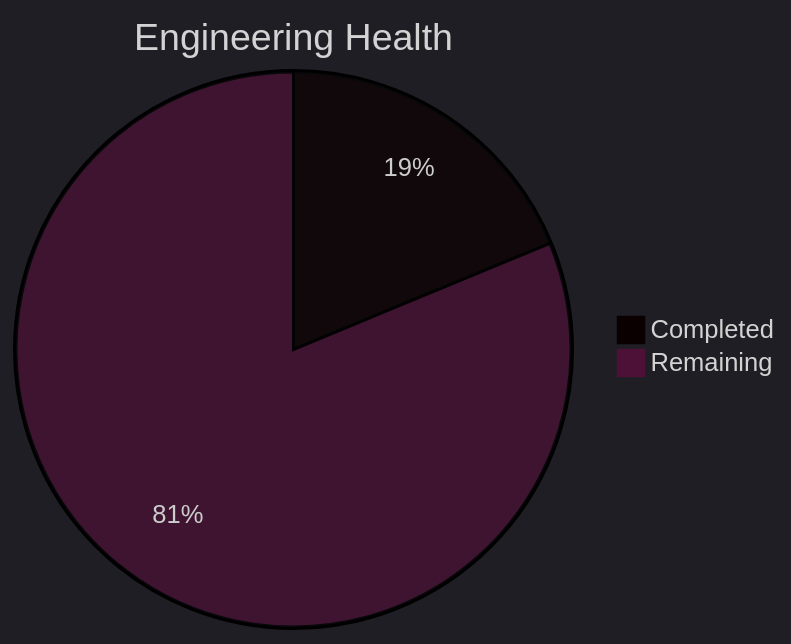
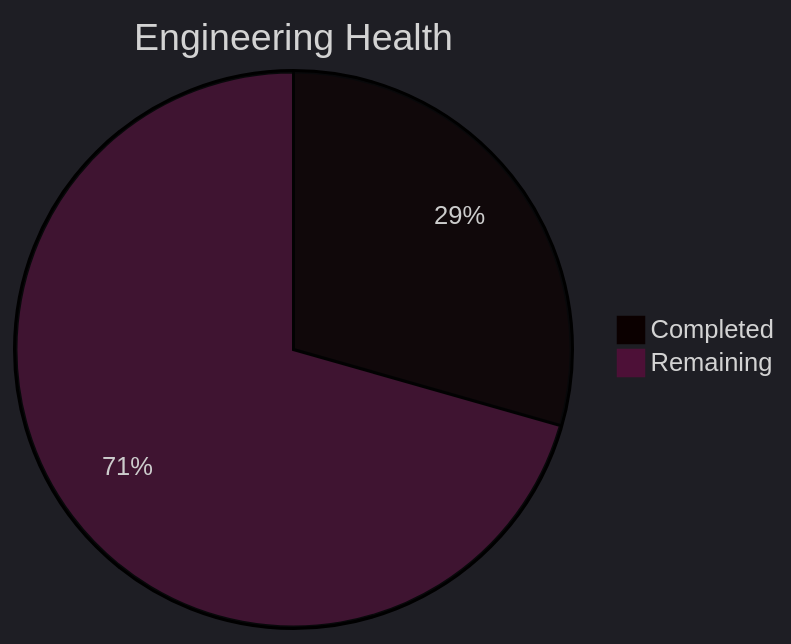
The third of 5 diagrams in tools/SK8Lytz_Bucket_List.md (Neogleamz/SK8Lytz), drawn with Mermaid before and after one commit. The commit also changed other lines of this file, not shown here.

Commit message:
chore(bucket-list): mark audit/domain-driven-architecture complete; add chore/decompose-docked-controller-jsx P2 tracking entry

````diff
--- a/tools/SK8Lytz_Bucket_List.md
+++ b/tools/SK8Lytz_Bucket_List.md
@@ -35,6 +35,6 @@
 ```mermaid
 %%{init: {'theme': 'dark'}}%%
 pie title Engineering Health
-  "Completed" : 3
-  "Remaining" : 13
+  "Completed" : 5
+  "Remaining" : 12
 ```
````
